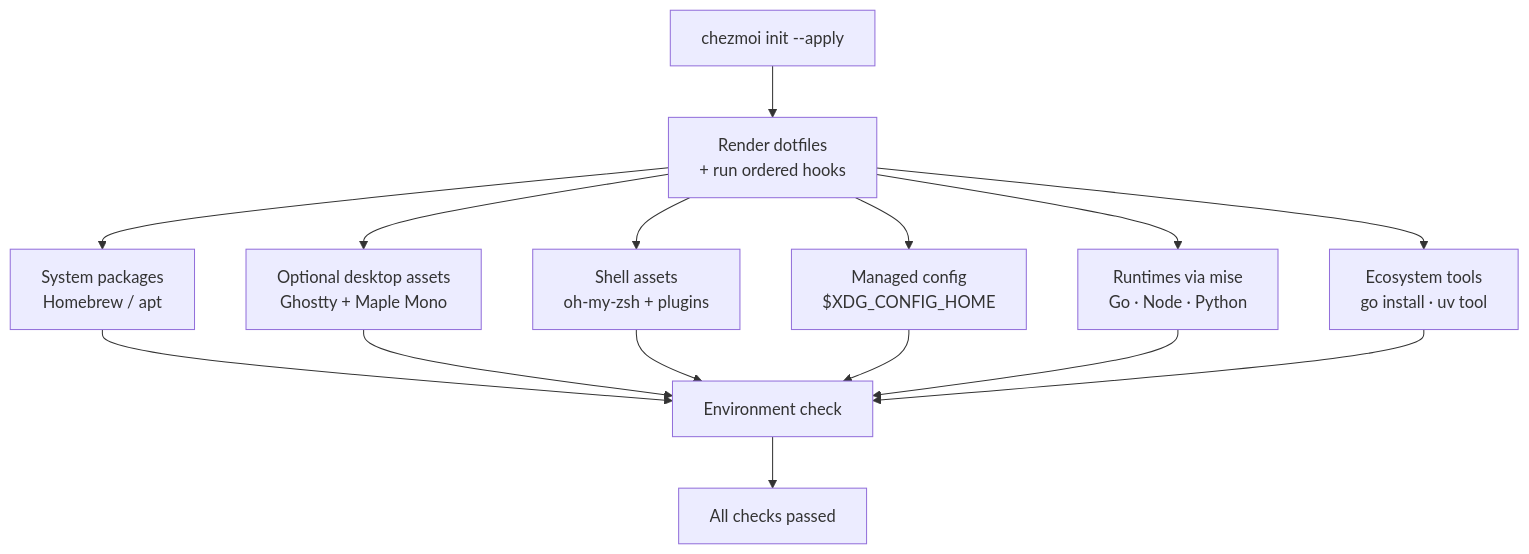
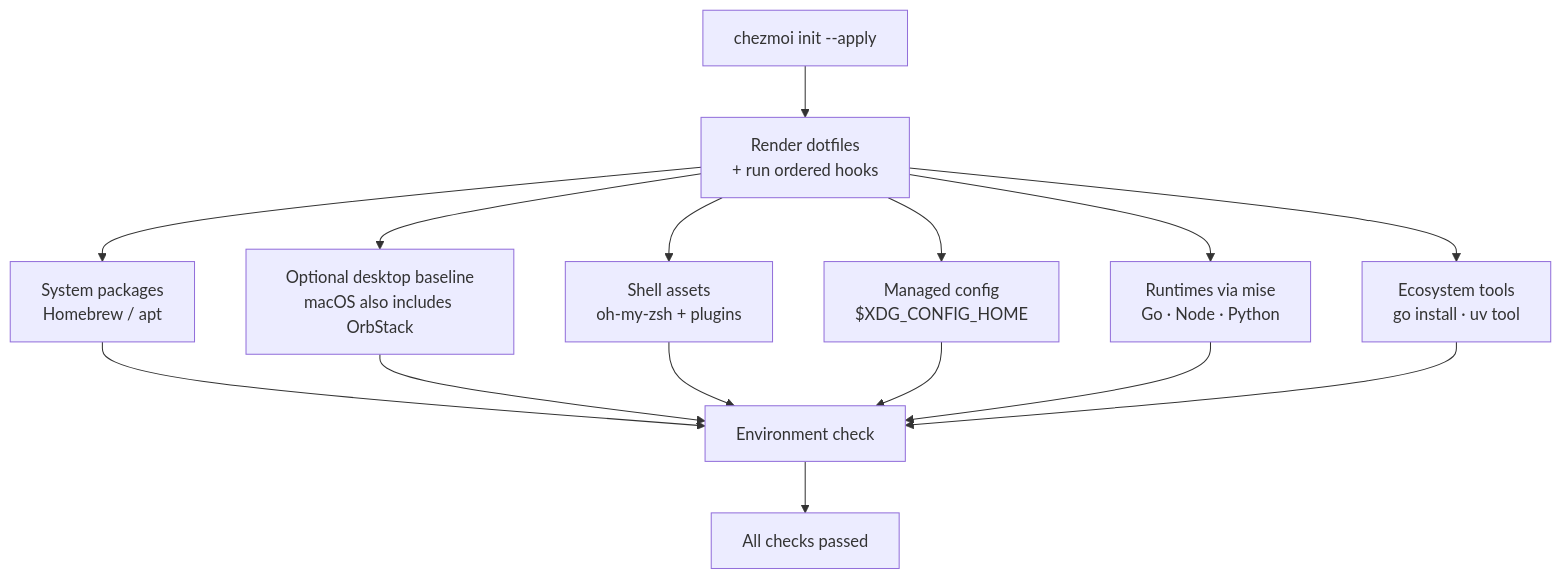
The diagram in README.md (kangmingxuan/oh-my-devenv), drawn with Mermaid before and after one commit. The commit also changed other lines of this file and 18 other files, not shown here.

Commit message:
feat: add OrbStack to the macOS desktop baseline (#26)

````diff
--- a/README.md
+++ b/README.md
@@ -30,17 +30,17 @@
 ```mermaid
 flowchart TD
     A["chezmoi init --apply"] --> B["Render dotfiles<br/>+ run ordered hooks"]
     B --> C["System packages<br/>Homebrew / apt"]
-    B --> D["Optional desktop assets<br/>Ghostty + Maple Mono"]
+    B --> D["Optional desktop baseline<br/>macOS also includes OrbStack"]
     B --> E["Shell assets<br/>oh-my-zsh + plugins"]
     B --> X["Managed config<br/>$XDG_CONFIG_HOME"]
     B --> F["Runtimes via mise<br/>Go · Node · Python"]
     B --> G["Ecosystem tools<br/>go install · uv tool"]
     C --> H["Environment check"]
     D --> H
     E --> H
     X --> H
     F --> H
     G --> H
     H --> I["All checks passed"]
 ```
````
